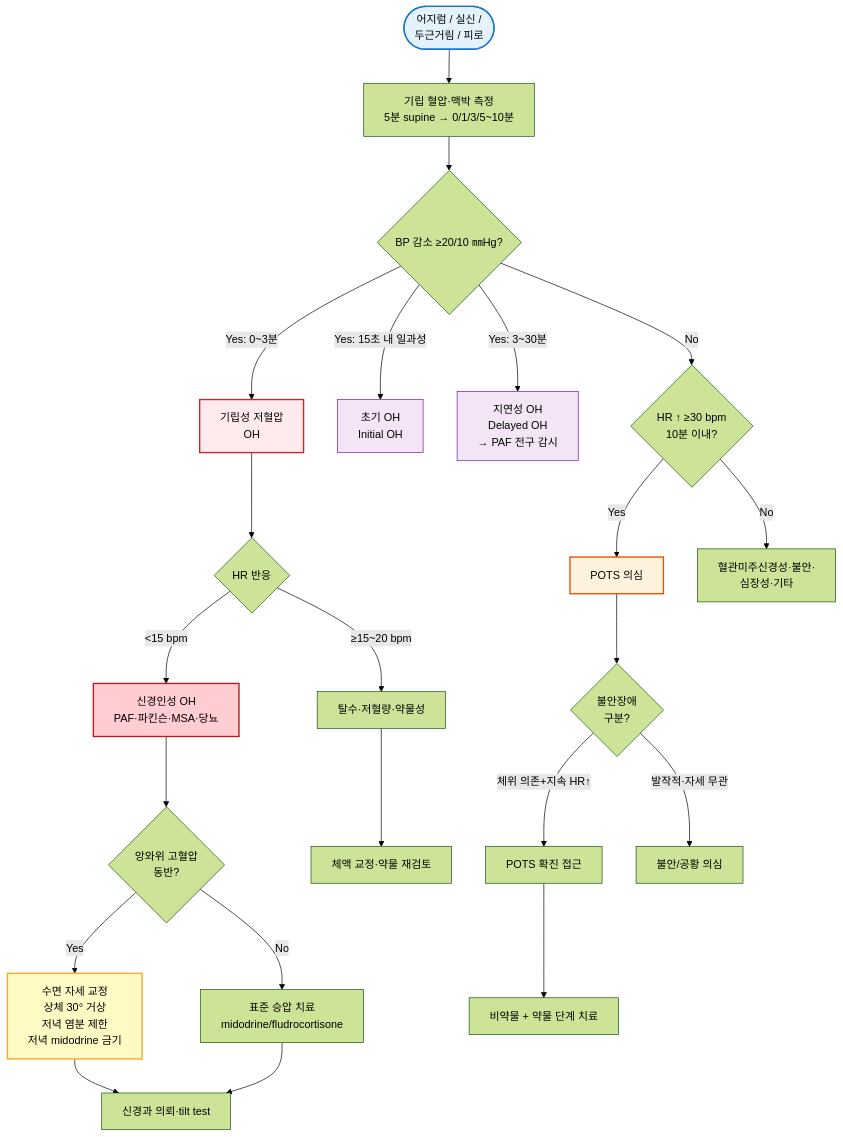
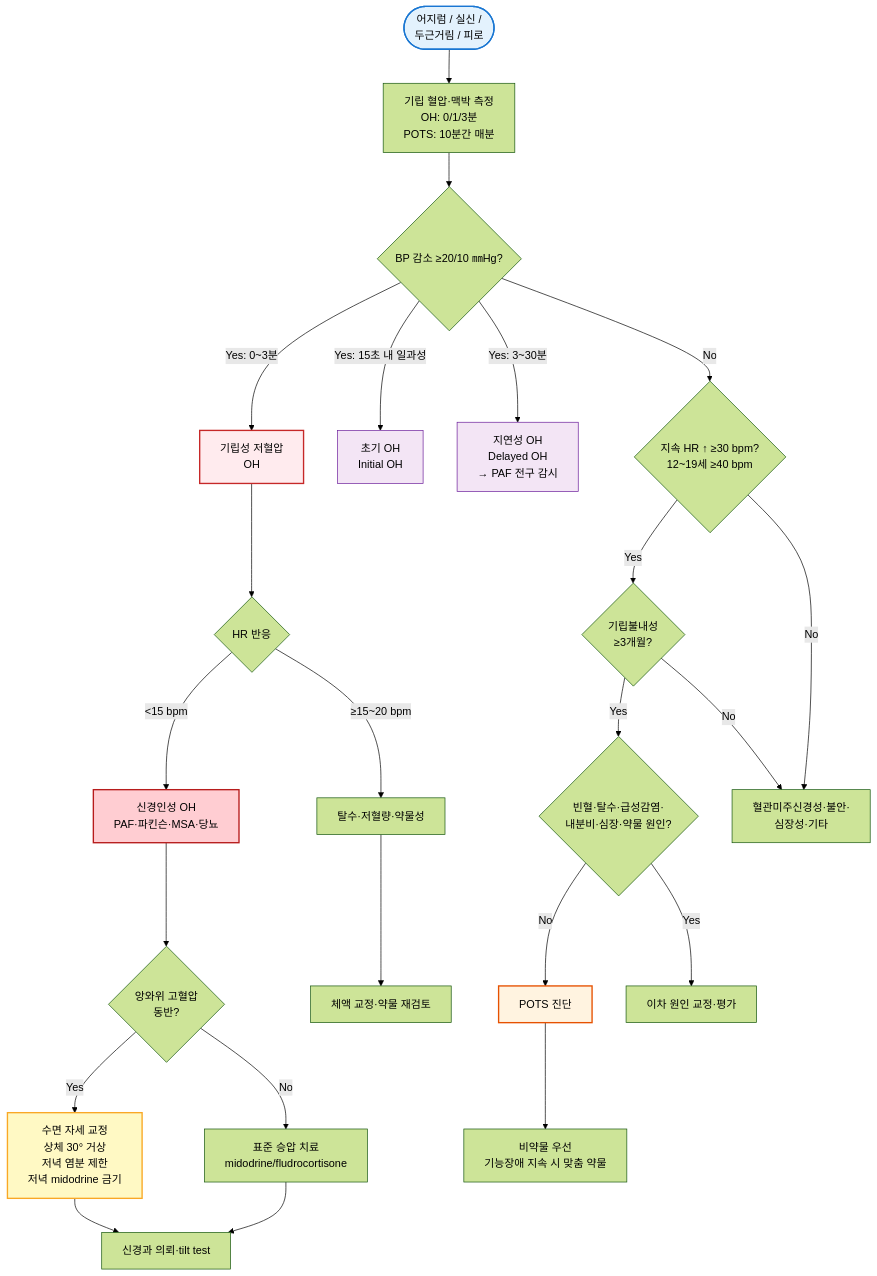
The diagram in 221_/030_-autonomic-dysfunction.md (familyoh77/familyoh77), drawn with Mermaid (forest theme) before and after one commit. The commit also changed other lines of this file, not shown here.

````diff
--- a/221_/030_-autonomic-dysfunction.md
+++ b/221_/030_-autonomic-dysfunction.md
@@ -185,32 +212,33 @@
 ```mermaid
 graph TD
-    Start([어지럼 / 실신 /<br/> 두근거림 / 피로]) --> Step1[기립 혈압·맥박 측정<br/>5분 supine → 0/1/3/5~10분]
+    Start([어지럼 / 실신 /<br/> 두근거림 / 피로]) --> Step1[기립 혈압·맥박 측정<br/>OH: 0/1/3분<br/>POTS: 10분간 매분]
     Step1 --> Q1{BP 감소 ≥20/10 ㎜Hg?}
     Q1 -->|Yes: 0~3분| OH[기립성 저혈압<br/>OH]
     Q1 -->|Yes: 15초 내 일과성| IOH[초기 OH<br/>Initial OH]
     Q1 -->|Yes: 3~30분| DOH[지연성 OH<br/>Delayed OH<br/>→ PAF 전구 감시]
-    Q1 -->|No| Q2{HR ↑ ≥30 bpm<br/>10분 이내?}
-    Q2 -->|Yes| POTS[POTS 의심]
+    Q1 -->|No| Q2{지속 HR ↑ ≥30 bpm?<br/>12~19세 ≥40 bpm}
+    Q2 -->|Yes| Chronic{기립불내성<br/>≥3개월?}
     Q2 -->|No| Other[혈관미주신경성·불안·<br/>심장성·기타]
     OH --> QHR{HR 반응}
     QHR -->|<15 bpm| Neuro[신경인성 OH<br/>PAF·파킨슨·MSA·당뇨]
     QHR -->|≥15~20 bpm| Volume[탈수·저혈량·약물성]
     Neuro --> SupHTN{앙와위 고혈압<br/>동반?}
     SupHTN -->|Yes| SupYes[수면 자세 교정<br/>상체 30° 거상<br/>저녁 염분 제한<br/>저녁 midodrine 금기]
     SupHTN -->|No| SupNo[표준 승압 치료<br/>midodrine/fludrocortisone]
-    POTS --> Anx{불안장애<br/>구분?}
-    Anx -->|체위 의존+지속 HR↑| POTSconf[POTS 확진 접근]
-    Anx -->|발작적·자세 무관| Anxiety[불안/공황 의심]
+    Chronic -->|Yes| Excl{빈혈·탈수·급성감염·<br/>내분비·심장·약물 원인?}
+    Chronic -->|No| Other
+    Excl -->|No| POTSconf[POTS 진단]
+    Excl -->|Yes| Secondary[이차 원인 교정·평가]
     SupYes --> Ref[신경과 의뢰·tilt test]
     SupNo --> Ref
     Volume --> Tx1[체액 교정·약물 재검토]
-    POTSconf --> Tx2[비약물 + 약물 단계 치료]
+    POTSconf --> Tx2[비약물 우선<br/>기능장애 지속 시 맞춤 약물]
     
     style Start fill:#e3f2fd,stroke:#1976d2,stroke-width:2px
     style OH fill:#ffebee,stroke:#c62828,stroke-width:2px
-    style POTS fill:#fff3e0,stroke:#e65100,stroke-width:2px
+    style POTSconf fill:#fff3e0,stroke:#e65100,stroke-width:2px
     style IOH fill:#f3e5f5,stroke:#6a1b9a,stroke-width:1px
     style DOH fill:#f3e5f5,stroke:#6a1b9a,stroke-width:1px
     style Neuro fill:#ffcdd2,stroke:#b71c1c,stroke-width:2px
     style SupYes fill:#fff9c4,stroke:#f9a825,stroke-width:2px
 ```
````
